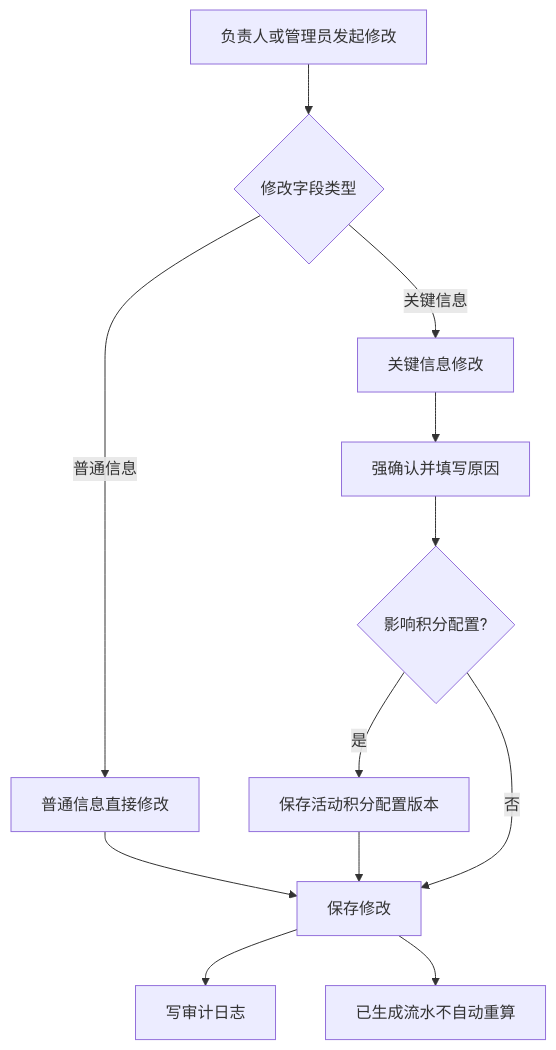
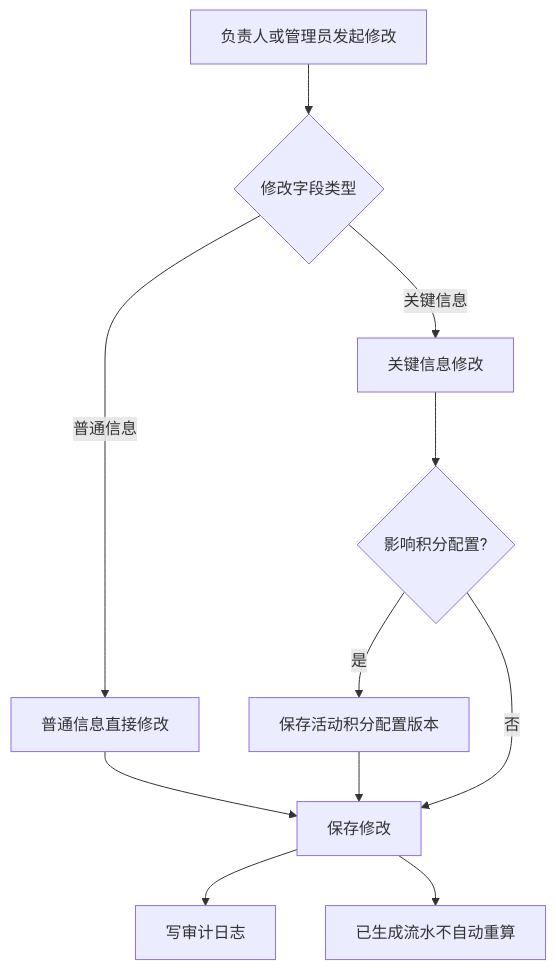
The seventh of 41 diagrams in docs/club-points-flow-design.md (KianaMei/points), drawn with Mermaid before and after one commit. The commit also changed other lines of this file and 2661 other files, not shown here.

````diff
--- a/docs/club-points-flow-design.md
+++ b/docs/club-points-flow-design.md
@@ -208,23 +187,22 @@
 ```mermaid
 flowchart TD
-    accTitle: Published Activity Edit Flow
-    accDescr: Published activities can be edited by leaders or administrators, with stronger confirmation for key fields and config versions for point-related changes.
+    accTitle: 已发布活动修改流程
+    accDescr: 展示已发布活动可由负责人或管理员修改，积分相关修改需要保存配置版本。
 
     edit_request["负责人或管理员发起修改"]
     field_type{"修改字段类型"}
     normal_edit["普通信息直接修改"]
     key_edit["关键信息修改"]
-    strong_confirm["强确认并填写原因"]
     point_related{"影响积分配置?"}
     save_version["保存活动积分配置版本"]
     save_change["保存修改"]
     audit["写审计日志"]
     no_recalc["已生成流水不自动重算"]
 
     edit_request --> field_type
     field_type -->|"普通信息"| normal_edit --> save_change --> audit
-    field_type -->|"关键信息"| key_edit --> strong_confirm --> point_related
+    field_type -->|"关键信息"| key_edit --> point_related
     point_related -->|"是"| save_version --> save_change
     point_related -->|"否"| save_change
     save_change --> no_recalc
 ```
````
